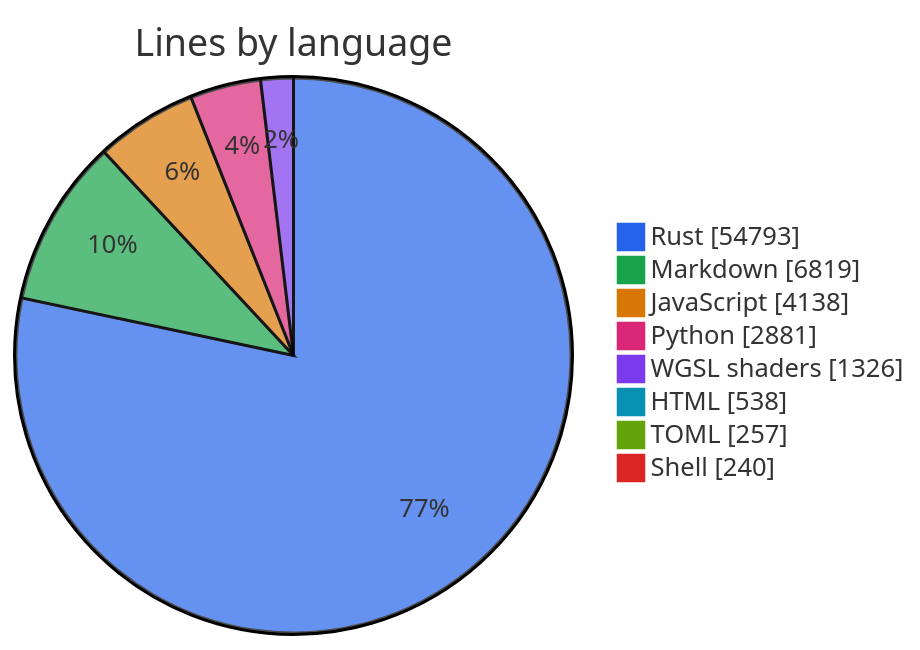
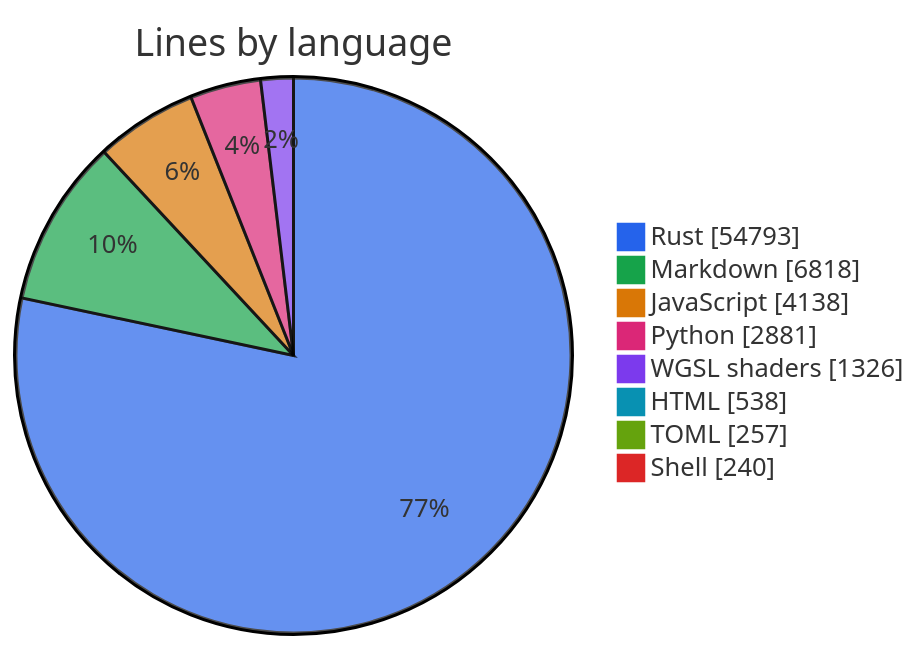
The first of 2 diagrams in metrics.md (thomascherickal/ferrum-gpu), drawn with Mermaid before and after one commit. The commit also changed other lines of this file and 4 other files, not shown here.

````diff
--- a/metrics.md
+++ b/metrics.md
@@ -22,12 +22,12 @@
 ```mermaid
 %%{init: {"theme": "base", "themeVariables": {"pie1": "#2563eb", "pie2": "#16a34a", "pie3": "#d97706", "pie4": "#db2777", "pie5": "#7c3aed", "pie6": "#0891b2", "pie7": "#65a30d", "pie8": "#dc2626"}}}%%
 pie showData title Lines by language
     "Rust" : 54793
-    "Markdown" : 6819
+    "Markdown" : 6818
     "JavaScript" : 4138
     "Python" : 2881
     "WGSL shaders" : 1326
     "HTML" : 538
     "TOML" : 257
     "Shell" : 240
 ```
````
